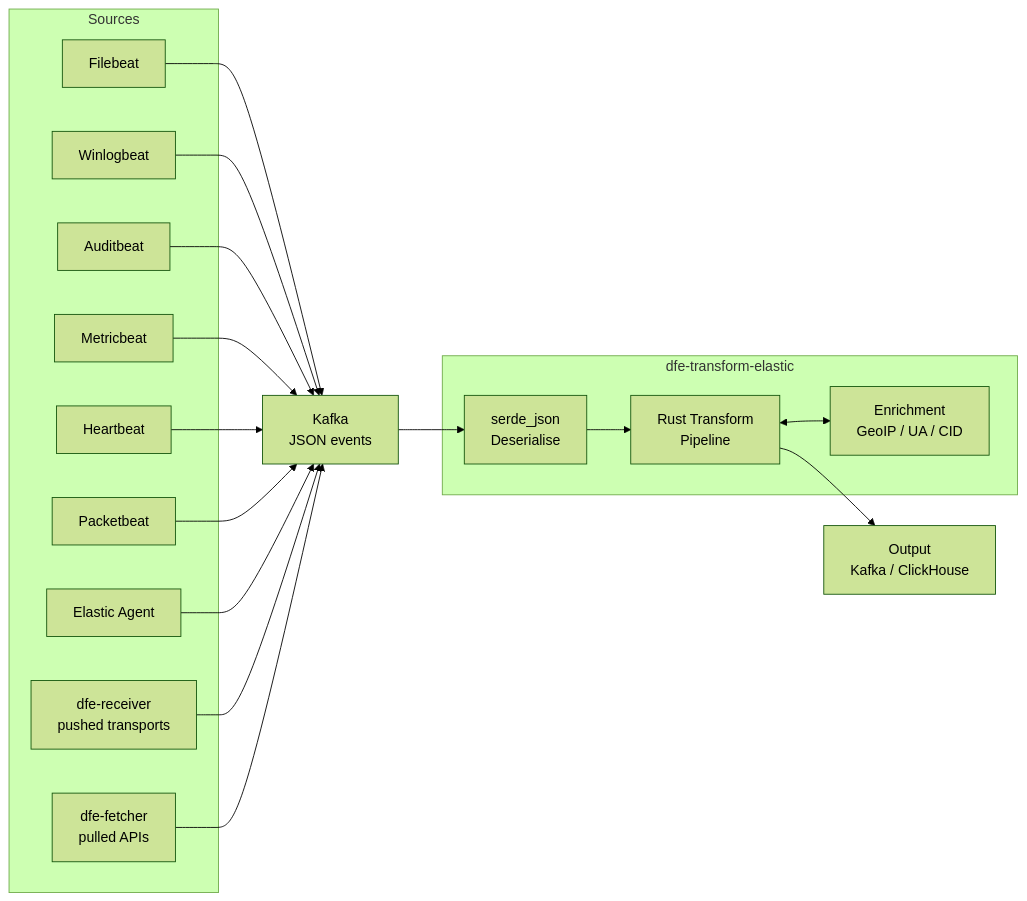
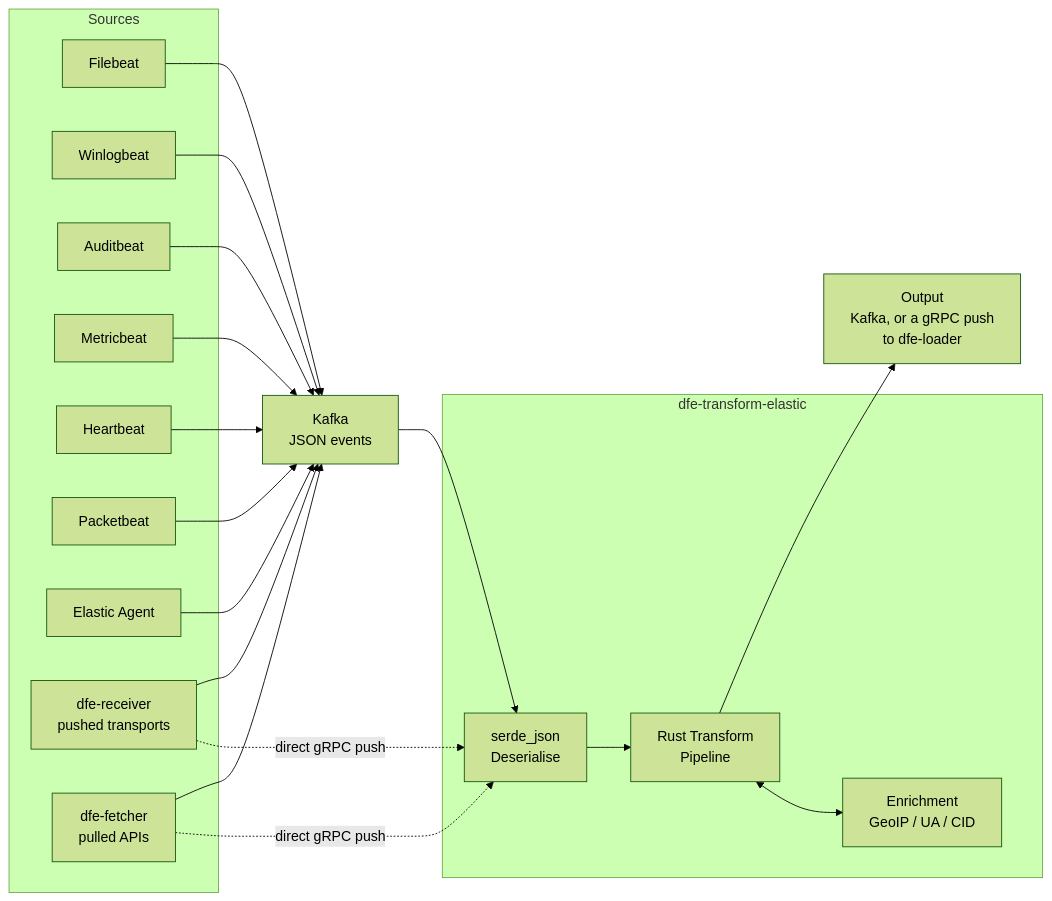
The first of 5 diagrams in docs/architecture.md (hyperi-io/dfe-transform-elastic), drawn with Mermaid (forest theme) before and after one commit. The commit also changed other lines of this file and 20 other files, not shown here.

````diff
--- a/docs/architecture.md
+++ b/docs/architecture.md
@@ -22,28 +22,29 @@
 ```mermaid
 flowchart LR
     subgraph Sources
         FB[Filebeat]
         WB[Winlogbeat]
         AB[Auditbeat]
         MB[Metricbeat]
         HB[Heartbeat]
         PB[Packetbeat]
         EA[Elastic Agent]
         RX[dfe-receiver<br/>pushed transports]
         FX[dfe-fetcher<br/>pulled APIs]
     end
 
     K[Kafka<br/>JSON events]
 
     subgraph dfe-transform-elastic
         D[serde_json<br/>Deserialise]
         T[Rust Transform<br/>Pipeline]
         E[Enrichment<br/>GeoIP / UA / CID]
     end
 
-    O[Output<br/>Kafka / ClickHouse]
+    O[Output<br/>Kafka, or a gRPC push<br/>to dfe-loader]
 
     FB & WB & AB & MB & HB & PB & EA & RX & FX --> K
+    RX & FX -.->|direct gRPC push| D
     K --> D --> T --> O
     T <--> E
 ```
````
